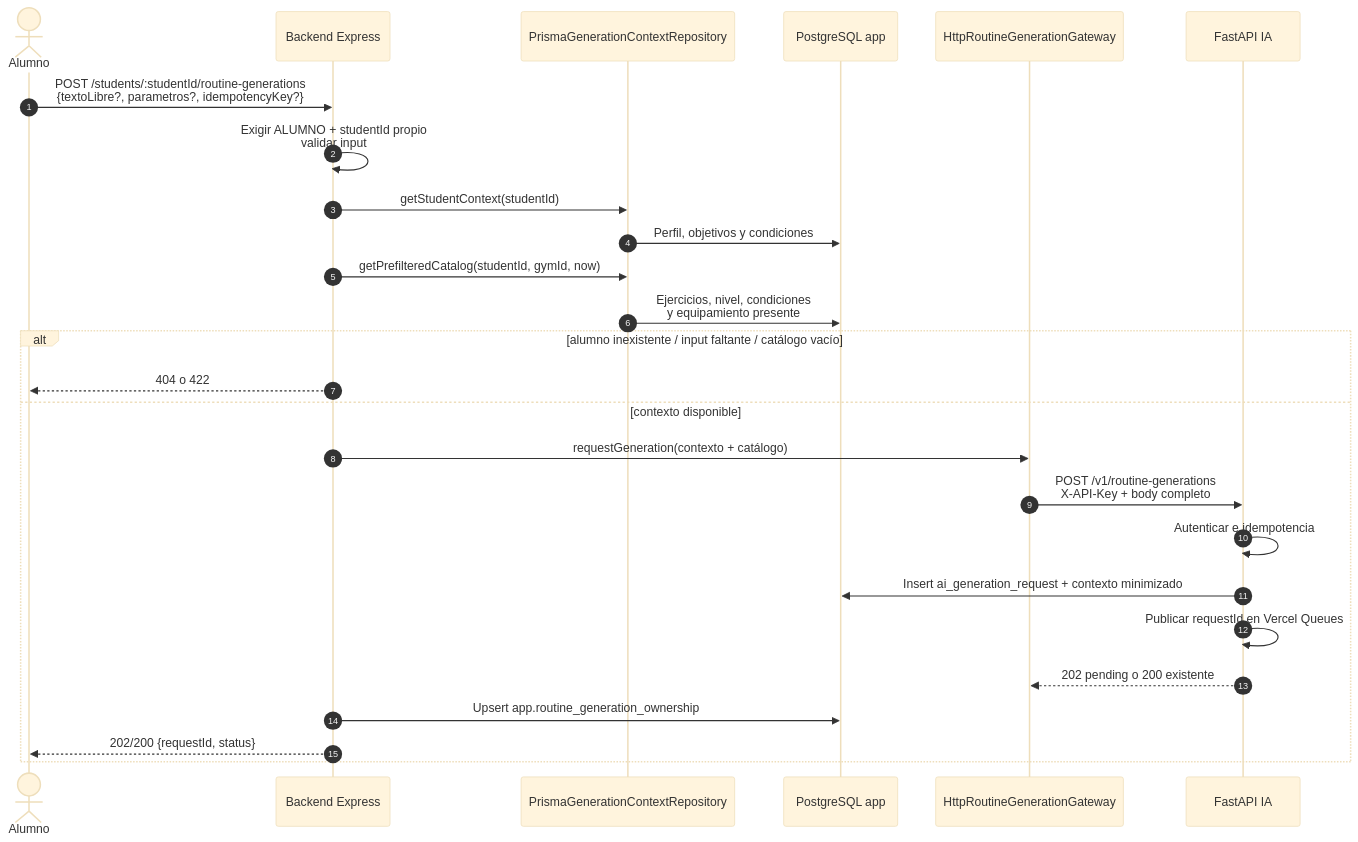
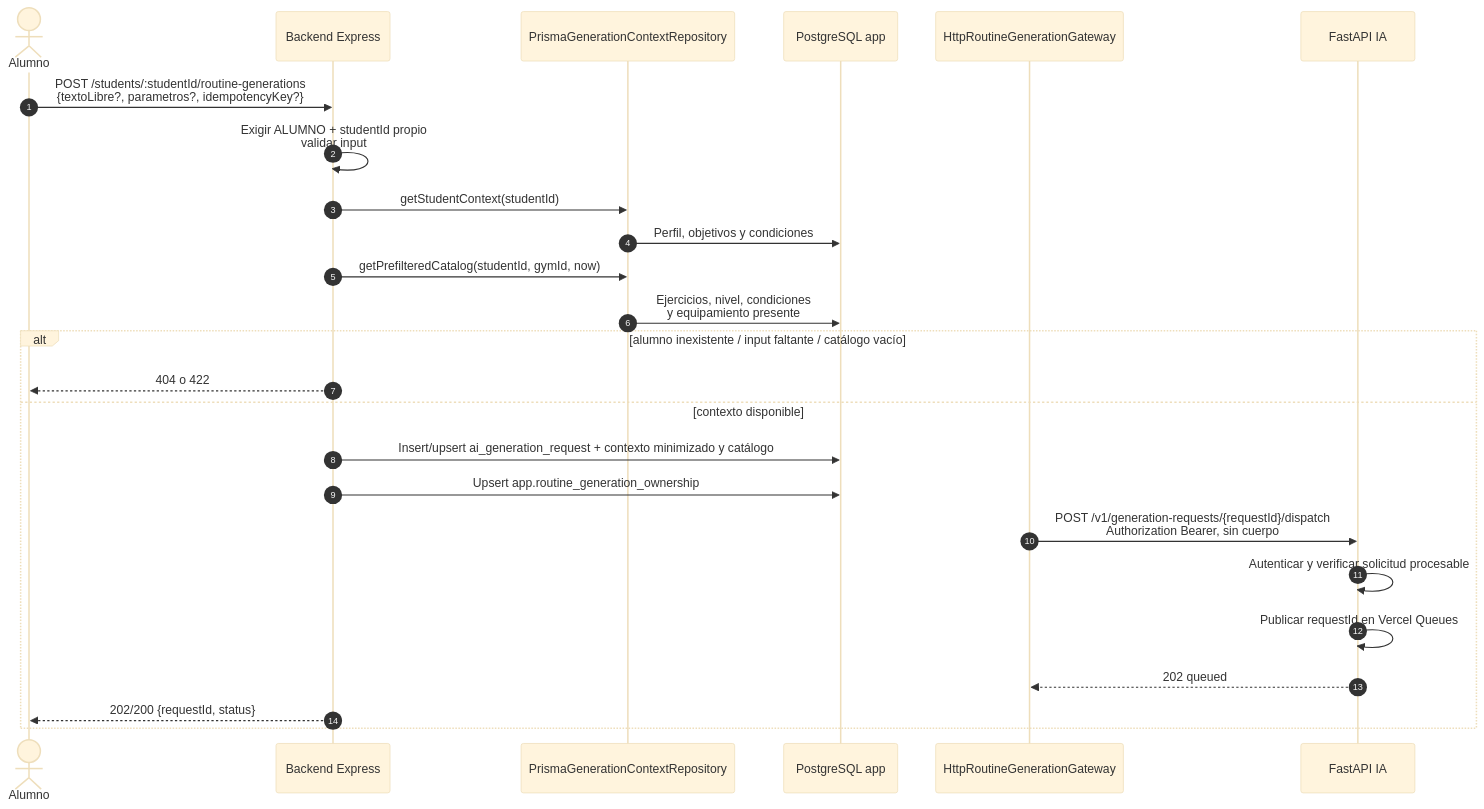
One commit to Maico-Zurbriggen/proyecto-gimnasio-documentacion changed diagram 11 of 14 in architecture/implemented-sequence-diagrams.md. Above: the diagram before and after it, drawn with Mermaid (base theme). The commit also changed other lines of this file and 15 other files, not shown here.

````diff
--- a/architecture/implemented-sequence-diagrams.md
+++ b/architecture/implemented-sequence-diagrams.md
@@ -516,29 +526,28 @@
 ```mermaid
 sequenceDiagram
     autonumber
     actor Cliente as Alumno
     participant API as Backend Express
     participant Context as PrismaGenerationContextRepository
     participant DB as PostgreSQL app
     participant Gateway as HttpRoutineGenerationGateway
     participant AI as FastAPI IA
 
     Cliente->>API: POST /students/:studentId/routine-generations<br/>{textoLibre?, parametros?, idempotencyKey?}
     API->>API: Exigir ALUMNO + studentId propio<br/>validar input
     API->>Context: getStudentContext(studentId)
     Context->>DB: Perfil, objetivos y condiciones
     API->>Context: getPrefilteredCatalog(studentId, gymId, now)
     Context->>DB: Ejercicios, nivel, condiciones<br/>y equipamiento presente
     alt alumno inexistente / input faltante / catálogo vacío
         API-->>Cliente: 404 o 422
     else contexto disponible
-        API->>Gateway: requestGeneration(contexto + catálogo)
-        Gateway->>AI: POST /v1/routine-generations<br/>X-API-Key + body completo
-        AI->>AI: Autenticar e idempotencia
-        AI->>DB: Insert ai_generation_request + contexto minimizado
+        API->>DB: Insert/upsert ai_generation_request + contexto minimizado y catálogo
+        API->>DB: Upsert app.routine_generation_ownership
+        Gateway->>AI: POST /v1/generation-requests/{requestId}/dispatch<br/>Authorization Bearer, sin cuerpo
+        AI->>AI: Autenticar y verificar solicitud procesable
         AI->>AI: Publicar requestId en Vercel Queues
-        AI-->>Gateway: 202 pending o 200 existente
-        API->>DB: Upsert app.routine_generation_ownership
+        AI-->>Gateway: 202 queued
         API-->>Cliente: 202/200 {requestId, status}
     end
 ```
````
